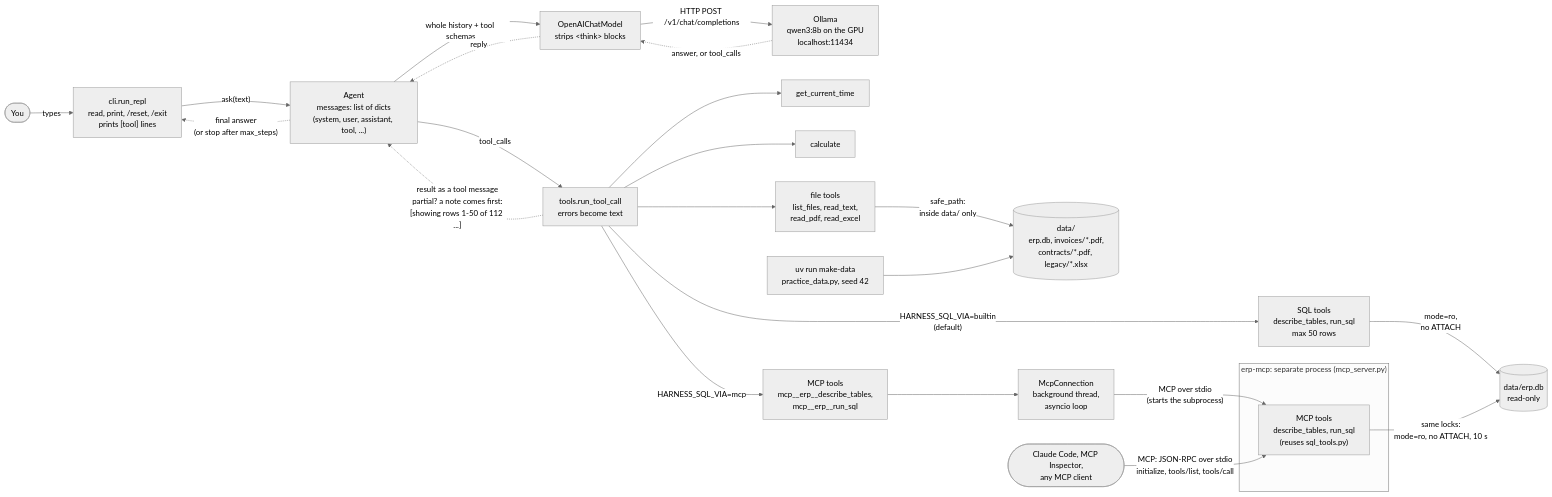
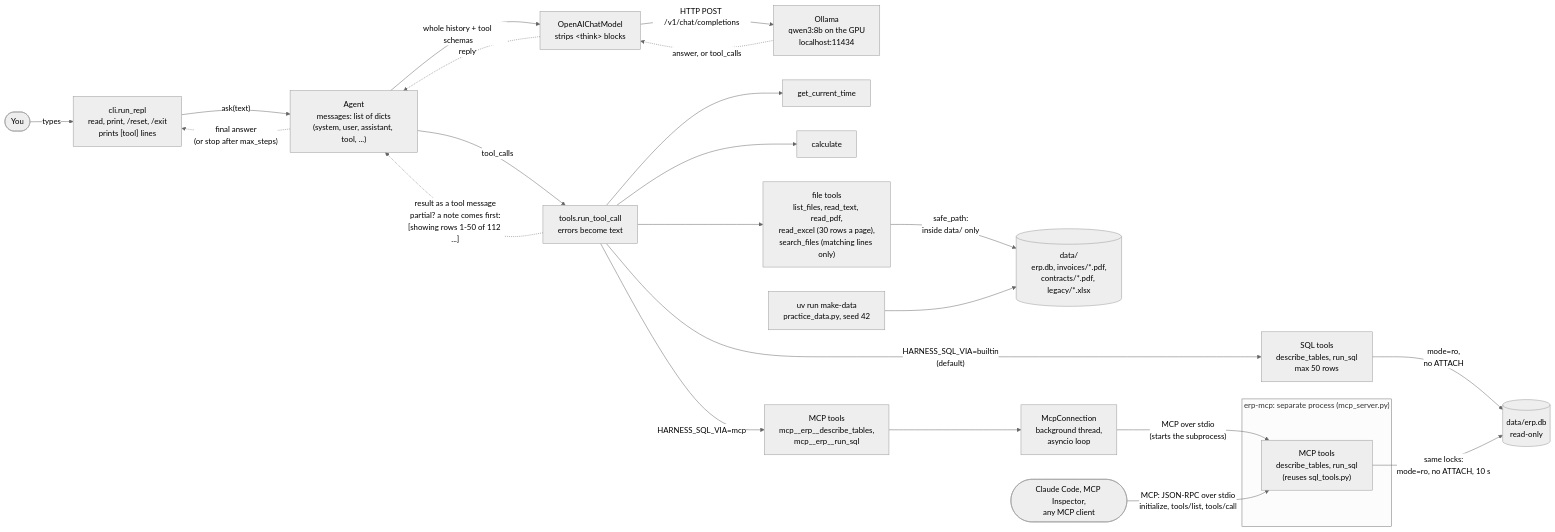
The diagram in docs/architecture.md (abilalakin/agent-harness-from-scratch), drawn with Mermaid (neutral theme) before and after one commit. The commit also changed other lines of this file and 4 other files, not shown here.

Commit message:
feat: add search_files across text, PDF and Excel

````diff
--- a/docs/architecture.md
+++ b/docs/architecture.md
@@ -5,29 +5,29 @@
 ```mermaid
 flowchart LR
     User([You]) -- types --> CLI["cli.run_repl<br/>read, print, /reset, /exit<br/>prints [tool] lines"]
     CLI -- "ask(text)" --> Agent["Agent<br/>messages: list of dicts<br/>(system, user, assistant, tool, ...)"]
     Agent -- "whole history + tool schemas" --> Model["OpenAIChatModel<br/>strips &lt;think&gt; blocks"]
     Model -- "HTTP POST /v1/chat/completions" --> Ollama["Ollama<br/>qwen3:8b on the GPU<br/>localhost:11434"]
     Ollama -. "answer, or tool_calls" .-> Model
     Model -. reply .-> Agent
     Agent -- "tool_calls" --> Runner["tools.run_tool_call<br/>errors become text"]
     Runner --> T1[get_current_time]
     Runner --> T2[calculate]
-    Runner --> FT["file tools<br/>list_files, read_text,<br/>read_pdf, read_excel"]
+    Runner --> FT["file tools<br/>list_files, read_text, read_pdf,<br/>read_excel (30 rows a page),<br/>search_files (matching lines only)"]
     FT -- "safe_path:<br/>inside data/ only" --> Data
     Runner -- "HARNESS_SQL_VIA=builtin<br/>(default)" --> ST["SQL tools<br/>describe_tables, run_sql<br/>max 50 rows"]
     Runner -- "HARNESS_SQL_VIA=mcp" --> MT["MCP tools<br/>mcp__erp__describe_tables,<br/>mcp__erp__run_sql"]
     MT --> Conn["McpConnection<br/>background thread,<br/>asyncio loop"]
     Conn -- "MCP over stdio<br/>(starts the subprocess)" --> McpTools
     ST -- "mode=ro,<br/>no ATTACH" --> DB[("data/erp.db<br/>read-only")]
     Runner -. "result as a tool message<br/>partial? a note comes first:<br/>[showing rows 1-50 of 112 ...]" .-> Agent
     Agent -. "final answer<br/>(or stop after max_steps)" .-> CLI
 
     subgraph ErpMcp["erp-mcp: separate process (mcp_server.py)"]
         McpTools["MCP tools<br/>describe_tables, run_sql<br/>(reuses sql_tools.py)"]
     end
     McpTools -- "same locks:<br/>mode=ro, no ATTACH, 10 s" --> DB
     AnyClient(["Claude Code, MCP Inspector,<br/>any MCP client"]) -- "MCP: JSON-RPC over stdio<br/>initialize, tools/list, tools/call" --> McpTools
 
     MakeData["uv run make-data<br/>practice_data.py, seed 42"] --> Data[("data/<br/>erp.db, invoices/*.pdf,<br/>contracts/*.pdf, legacy/*.xlsx")]
 ```
````
